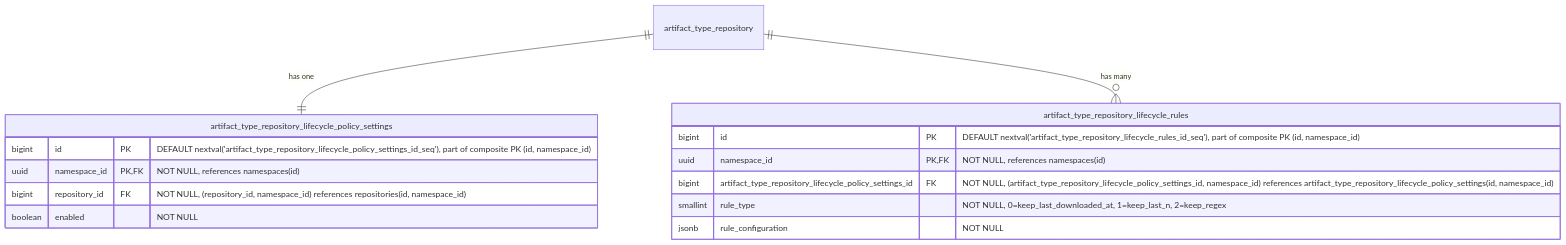
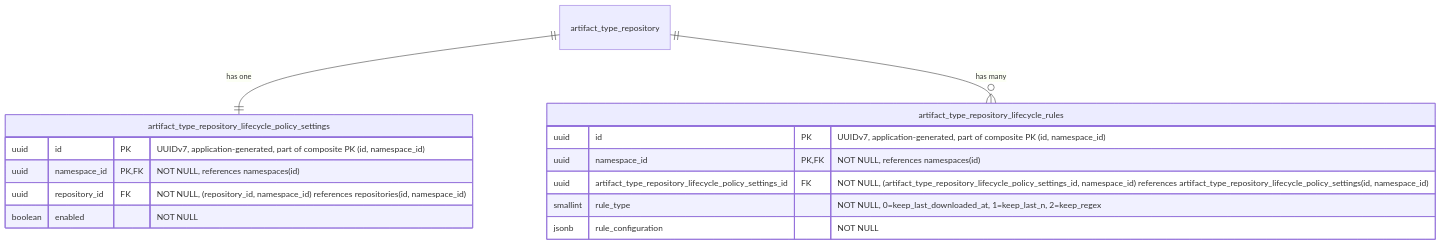
One commit to kyama0/gitlab-handbook-ja changed the sixth of 19 diagrams in content/handbook/engineering/architecture/design-documents/artifact_registry/decisions/007_database_schema.md. Above: the diagram before and after it, drawn with Mermaid. The commit also changed other lines of this file and 105 other files, not shown here.

````diff
--- a/content/handbook/engineering/architecture/design-documents/artifact_registry/decisions/007_database_schema.md
+++ b/content/handbook/engineering/architecture/design-documents/artifact_registry/decisions/007_database_schema.md
@@ -363,20 +375,20 @@
 ```mermaid
 erDiagram
     artifact_type_repository ||--|| artifact_type_repository_lifecycle_policy_settings : "has one"
     artifact_type_repository ||--o{ artifact_type_repository_lifecycle_rules : "has many"
 
     artifact_type_repository_lifecycle_policy_settings {
-        bigint id PK "DEFAULT nextval('artifact_type_repository_lifecycle_policy_settings_id_seq'), part of composite PK (id, namespace_id)"
+        uuid id PK "UUIDv7, application-generated, part of composite PK (id, namespace_id)"
         uuid namespace_id PK,FK "NOT NULL, references namespaces(id)"
-        bigint repository_id FK "NOT NULL, (repository_id, namespace_id) references repositories(id, namespace_id)"
+        uuid repository_id FK "NOT NULL, (repository_id, namespace_id) references repositories(id, namespace_id)"
         boolean enabled "NOT NULL"
     }
 
     artifact_type_repository_lifecycle_rules {
-        bigint id PK "DEFAULT nextval('artifact_type_repository_lifecycle_rules_id_seq'), part of composite PK (id, namespace_id)"
+        uuid id PK "UUIDv7, application-generated, part of composite PK (id, namespace_id)"
         uuid namespace_id PK,FK "NOT NULL, references namespaces(id)"
-        bigint artifact_type_repository_lifecycle_policy_settings_id FK "NOT NULL, (artifact_type_repository_lifecycle_policy_settings_id, namespace_id) references artifact_type_repository_lifecycle_policy_settings(id, namespace_id)"
+        uuid artifact_type_repository_lifecycle_policy_settings_id FK "NOT NULL, (artifact_type_repository_lifecycle_policy_settings_id, namespace_id) references artifact_type_repository_lifecycle_policy_settings(id, namespace_id)"
         smallint rule_type "NOT NULL, 0=keep_last_downloaded_at, 1=keep_last_n, 2=keep_regex"
         jsonb rule_configuration "NOT NULL"
     }
 ```
````
